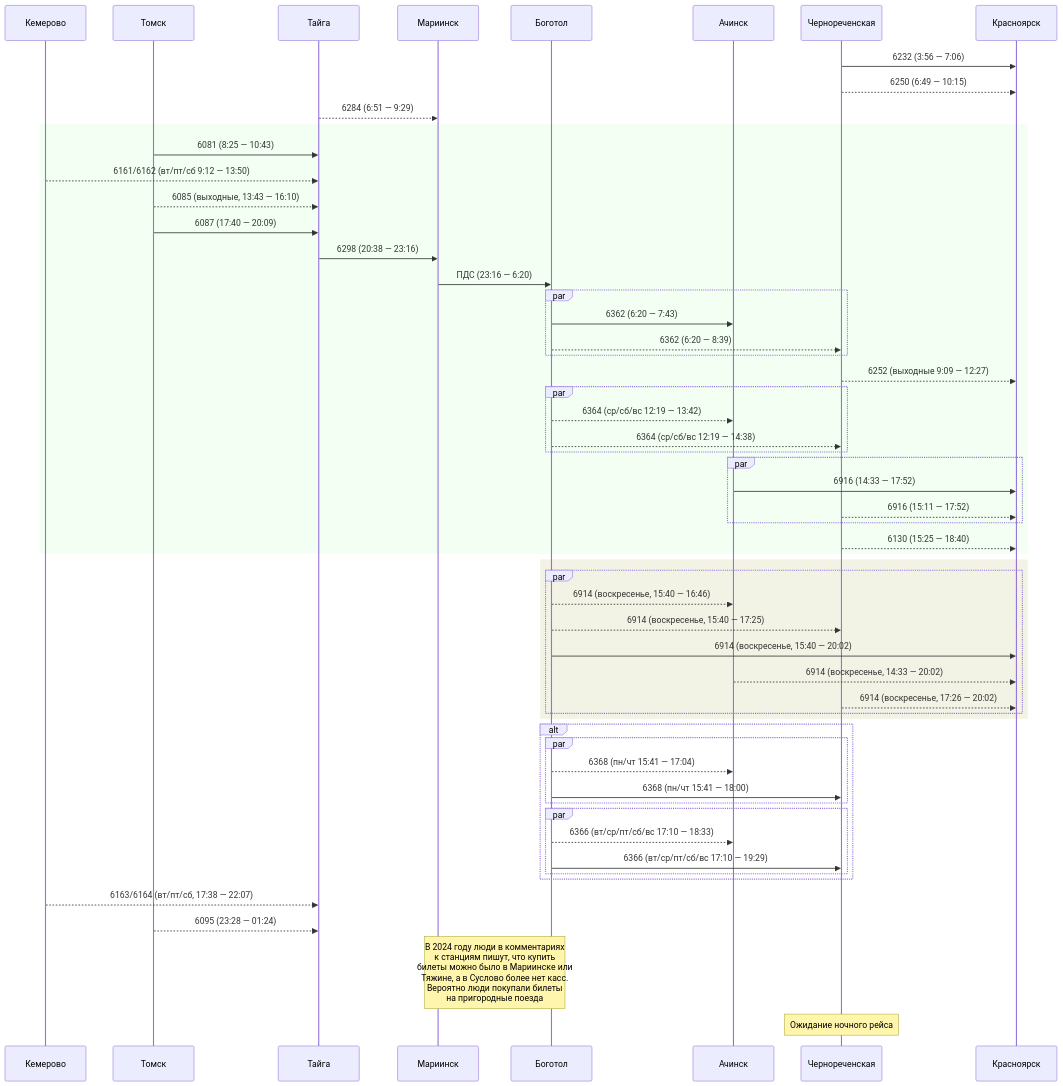
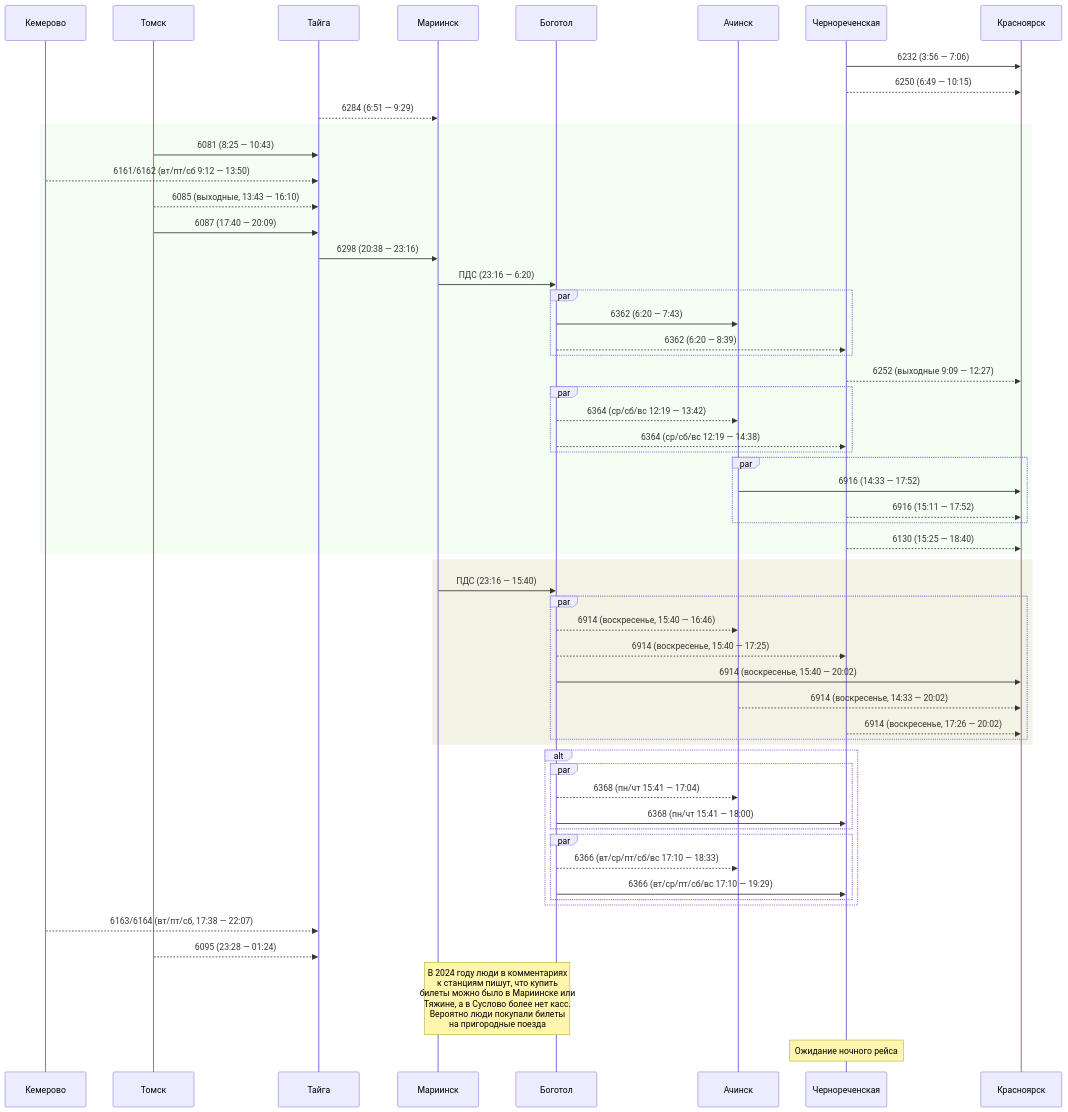
One commit to u0feff/Pezda changed the fifth of 11 diagrams in README.md. Above: the diagram before and after it, drawn with Mermaid.

Commit message:
Add more variants

````diff
--- a/README.md
+++ b/README.md
@@ -214,77 +214,78 @@
 ```mermaid
 sequenceDiagram
     participant Кемерово
     participant Томск
     participant Тайга
     participant Мариинск
     participant Боготол
     participant Ачинск
     participant Чернореченская
     participant Красноярск
 
     Чернореченская->>Красноярск: 6232 (3:56 — 7:06)
 
     Чернореченская-->>Красноярск: 6250 (6:49 — 10:15)
 
     Тайга-->>Мариинск: 6284 (6:51 — 9:29)
 
     rect rgba(0, 255, 0, 0.05)
     Томск->>Тайга: 6081 (8:25 — 10:43)
 
     Кемерово-->>Тайга: 6161/6162 (вт/пт/сб 9:12 — 13:50)
 
     Томск-->>Тайга: 6085 (выходные, 13:43 — 16:10)
 
     Томск->>Тайга: 6087 (17:40 — 20:09)
     Тайга->>Мариинск: 6298 (20:38 — 23:16)
 
     Мариинск->>Боготол: ПДС (23:16 — 6:20)
 
     par
     Боготол->>Ачинск: 6362 (6:20 — 7:43)
     Боготол-->>Чернореченская: 6362 (6:20 — 8:39)
     end
     Чернореченская-->>Красноярск: 6252 (выходные 9:09 — 12:27)
 
     par
     Боготол-->>Ачинск: 6364 (ср/сб/вс 12:19 — 13:42)
     Боготол-->>Чернореченская: 6364 (ср/сб/вс 12:19 — 14:38)
     end
 
     par
     Ачинск->>Красноярск: 6916 (14:33 — 17:52)
     Чернореченская-->>Красноярск: 6916 (15:11 — 17:52)
     end
 
     Чернореченская-->>Красноярск: 6130 (15:25 — 18:40)
     end
 
     rect rgba(127, 127, 0, 0.1)
+    Мариинск->>Боготол: ПДС (23:16 — 15:40)
     par
     Боготол-->>Ачинск: 6914 (воскресенье, 15:40 — 16:46)
     Боготол-->>Чернореченская: 6914 (воскресенье, 15:40 — 17:25)
     Боготол->>Красноярск: 6914 (воскресенье, 15:40 — 20:02)
     Ачинск-->>Красноярск: 6914 (воскресенье, 14:33 — 20:02)
     Чернореченская-->>Красноярск: 6914 (воскресенье, 17:26 — 20:02)
     end
     end
 
     alt
     par
     Боготол-->>Ачинск: 6368 (пн/чт 15:41 — 17:04)
     Боготол->>Чернореченская: 6368 (пн/чт 15:41 — 18:00)
     end
 
     par
     Боготол-->>Ачинск: 6366 (вт/ср/пт/сб/вс 17:10 — 18:33)
     Боготол->>Чернореченская: 6366 (вт/ср/пт/сб/вс 17:10 — 19:29)
     end
     end
 
     Кемерово-->>Тайга: 6163/6164 (вт/пт/сб, 17:38 — 22:07)
 
     Томск-->>Тайга: 6095 (23:28 — 01:24)
 
     Note over Мариинск,Боготол: В 2024 году люди в комментариях<br>к станциям пишут, что купить<br>билеты можно было в Мариинске или<br>Тяжине, а в Суслово более нет касс.<br>Вероятно люди покупали билеты<br>на пригородные поезда
     Note over Чернореченская: Ожидание ночного рейса
 ```
````
